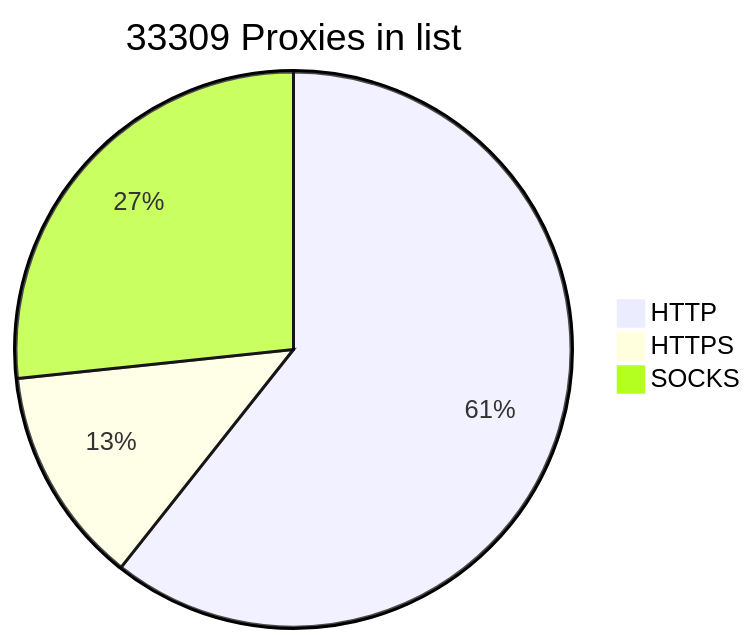
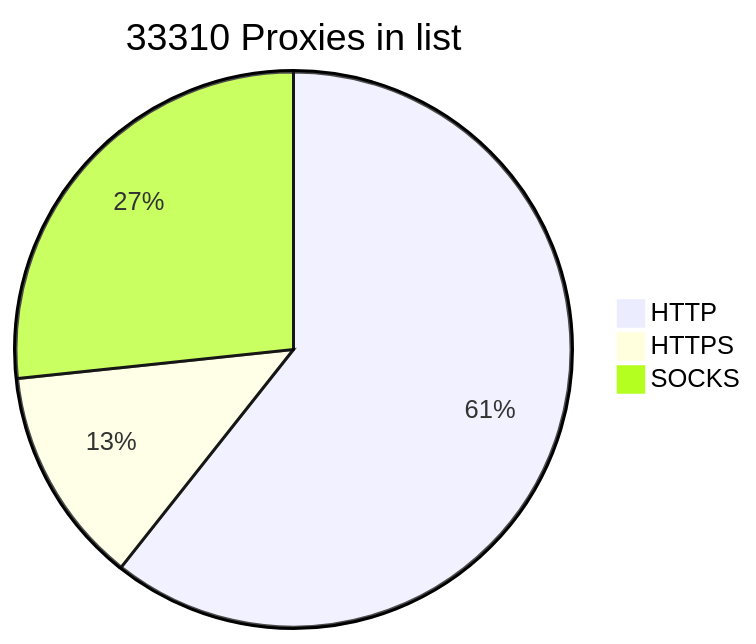
One commit to BlackSnowDot/proxylist-update-every-minute changed the diagram in README.md. Above: the diagram before and after it, drawn with Mermaid.

````diff
--- a/README.md
+++ b/README.md
@@ -2,6 +2,6 @@
 ```mermaid
-pie title 33309 Proxies in list
+pie title 33310 Proxies in list
     "HTTP" : 22360
     "HTTPS": 4673
-    "SOCKS" : 9830
+    "SOCKS" : 9831
 ```
````
